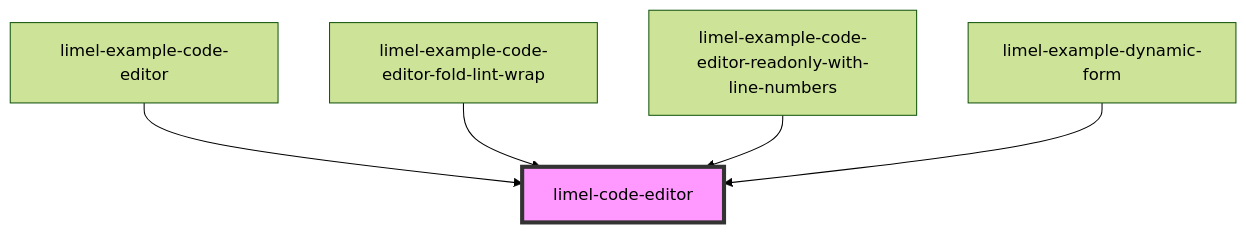
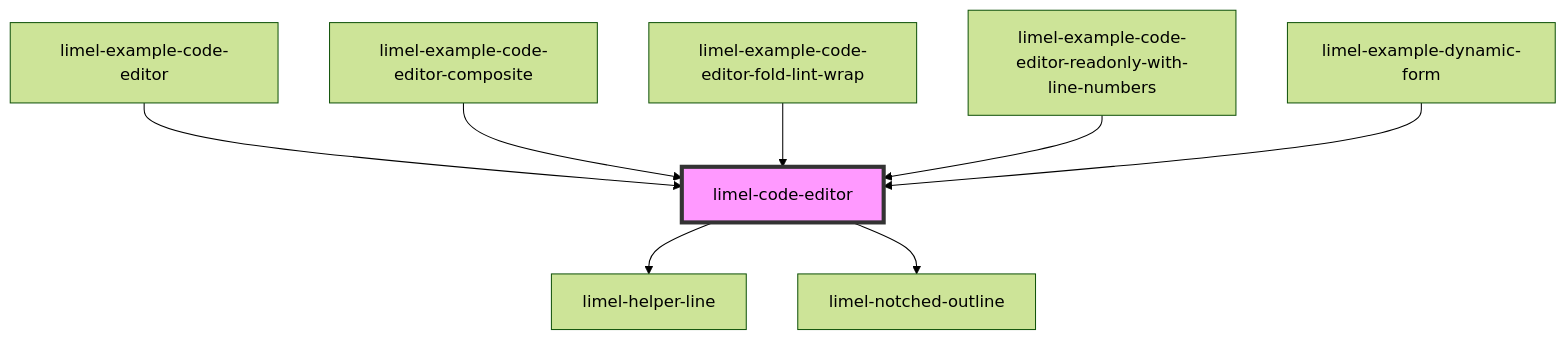
Before and after one commit to Lundalogik/lime-elements: the diagram in versions/PR-3741/markdown-docs/components/code-editor/readme.md, drawn with Mermaid (forest theme). The commit also changed other lines of this file and 220 other files, not shown here.

````diff
--- a/versions/PR-3741/markdown-docs/components/code-editor/readme.md
+++ b/versions/PR-3741/markdown-docs/components/code-editor/readme.md
@@ -39,8 +51,11 @@
 ```mermaid
 graph TD;
+  limel-code-editor --> limel-helper-line
+  limel-code-editor --> limel-notched-outline
   limel-example-code-editor --> limel-code-editor
+  limel-example-code-editor-composite --> limel-code-editor
   limel-example-code-editor-fold-lint-wrap --> limel-code-editor
   limel-example-code-editor-readonly-with-line-numbers --> limel-code-editor
   limel-example-dynamic-form --> limel-code-editor
   style limel-code-editor fill:#f9f,stroke:#333,stroke-width:4px
 ```
````
